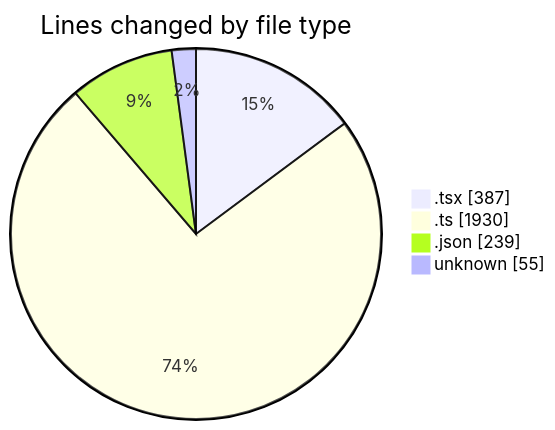
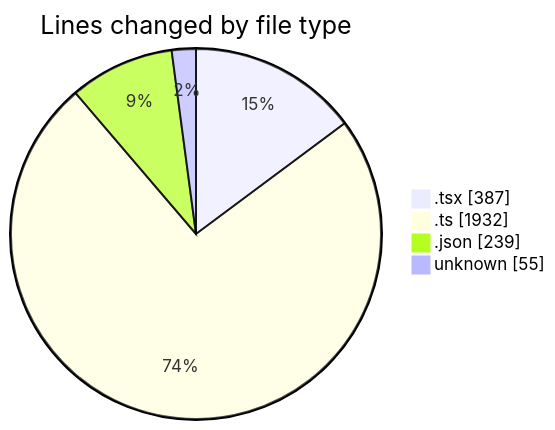
The first of 2 diagrams in 2025-10-21/cda/README.md (momahboobian/code-tracking), drawn with Mermaid before and after one commit. The commit also changed other lines of this file and 1 other file, not shown here.

````diff
--- a/2025-10-21/cda/README.md
+++ b/2025-10-21/cda/README.md
@@ -32,8 +32,8 @@
 ```mermaid
 pie showData
 title Lines changed by file type
 ".tsx" : 387
-".ts" : 1930
+".ts" : 1932
 ".json" : 239
 "unknown" : 55
 ```
````
